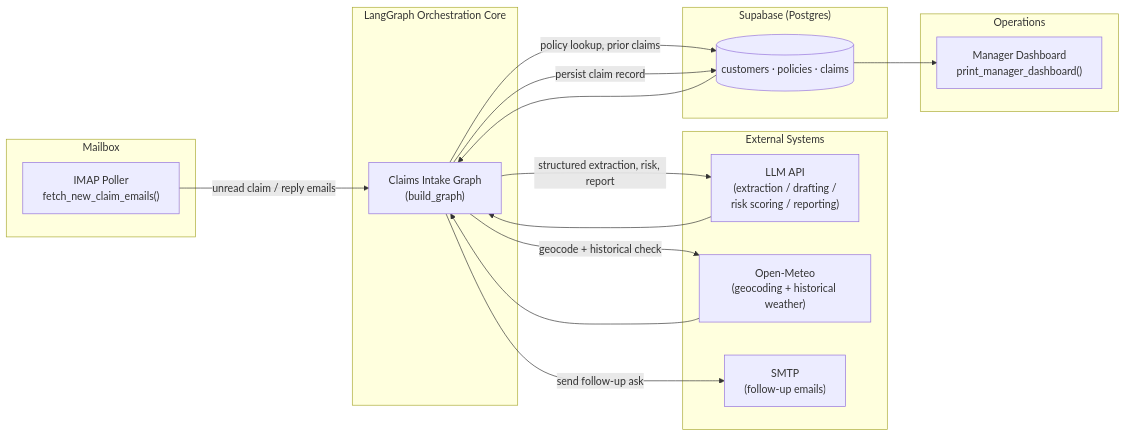
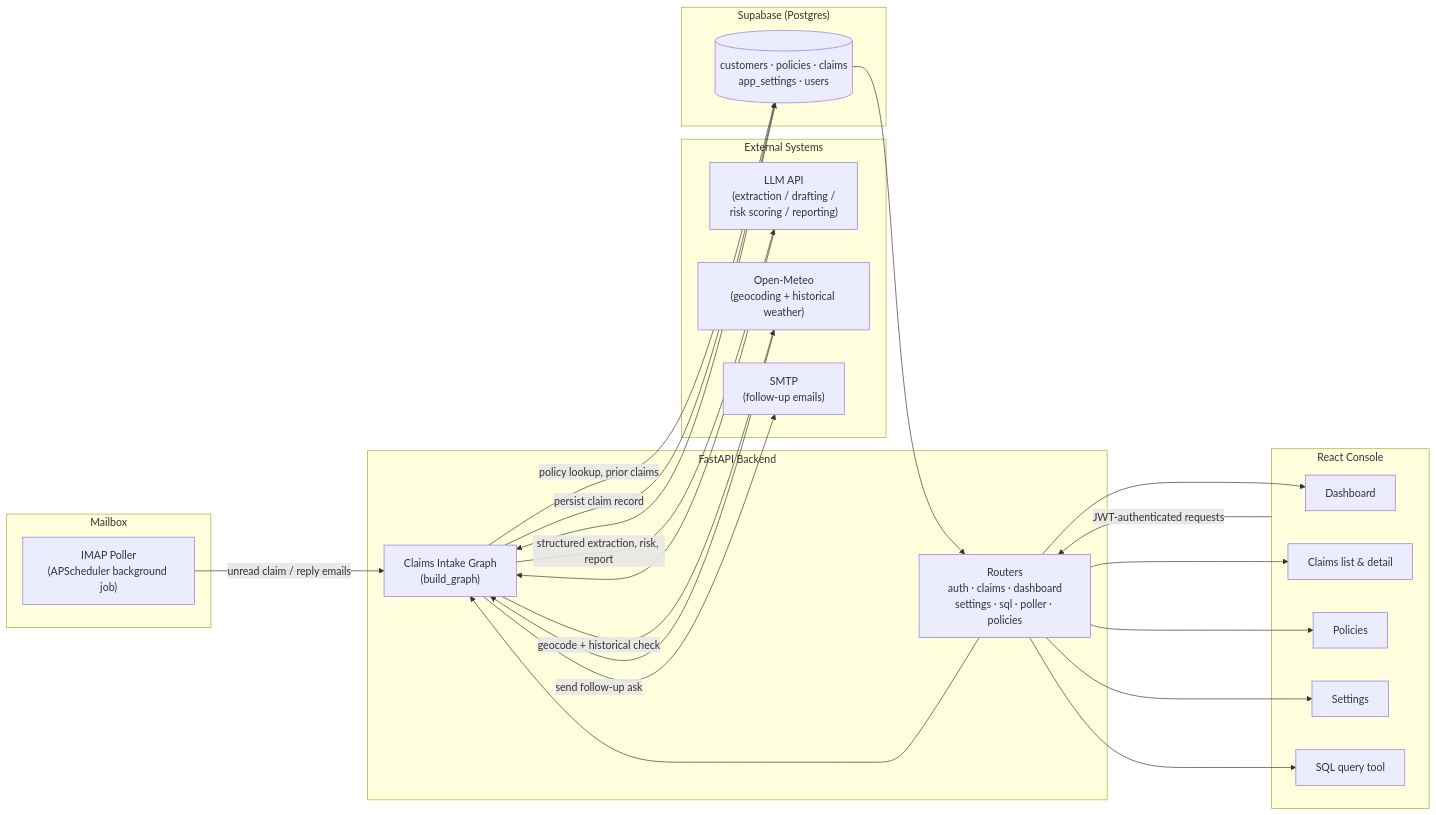
One commit to NEC0S/FNOL_Claims_Intake_Agent changed the first of 4 diagrams in README.md. Above: the diagram before and after it, drawn with Mermaid. The commit also changed other lines of this file, not shown here.

First line of the commit message:
Revise README for FNOL Claims Intake project

````diff
--- a/README.md
+++ b/README.md
@@ -52,35 +66,47 @@
 ```mermaid
 flowchart LR
     subgraph Inbox["Mailbox"]
-        IMAP["IMAP Poller\nfetch_new_claim_emails()"]
+        IMAP["IMAP Poller\n(APScheduler background job)"]
     end
 
-    subgraph Core["LangGraph Orchestration Core"]
+    subgraph API["FastAPI Backend"]
+        ROUTERS["Routers\nauth · claims · dashboard\nsettings · sql · poller · policies"]
         GRAPH["Claims Intake Graph\n(build_graph)"]
+    end
+
+    subgraph UI["React Console"]
+        DASH["Dashboard"]
+        CLAIMS["Claims list & detail"]
+        POLICIES["Policies"]
+        SETTINGS["Settings"]
+        SQLPAGE["SQL query tool"]
     end
 
     subgraph External["External Systems"]
         LLM["LLM API\n(extraction / drafting /\nrisk scoring / reporting)"]
         WEATHER["Open-Meteo\n(geocoding + historical weather)"]
         SMTP["SMTP\n(follow-up emails)"]
     end
 
     subgraph Storage["Supabase (Postgres)"]
-        DB[("customers · policies · claims")]
-    end
-
-    subgraph Ops["Operations"]
-        DASH["Manager Dashboard\nprint_manager_dashboard()"]
+        DB[("customers · policies · claims\napp_settings · users")]
     end
 
     IMAP -->|unread claim / reply emails| GRAPH
+    UI -->|JWT-authenticated requests| ROUTERS
+    ROUTERS --> GRAPH
     GRAPH -->|structured extraction, risk, report| LLM
     LLM --> GRAPH
     GRAPH -->|geocode + historical check| WEATHER
     WEATHER --> GRAPH
     GRAPH -->|policy lookup, prior claims| DB
     DB --> GRAPH
     GRAPH -->|persist claim record| DB
     GRAPH -->|send follow-up ask| SMTP
-    DB --> DASH
+    DB --> ROUTERS
+    ROUTERS --> DASH
+    ROUTERS --> CLAIMS
+    ROUTERS --> POLICIES
+    ROUTERS --> SETTINGS
+    ROUTERS --> SQLPAGE
 ```
````
